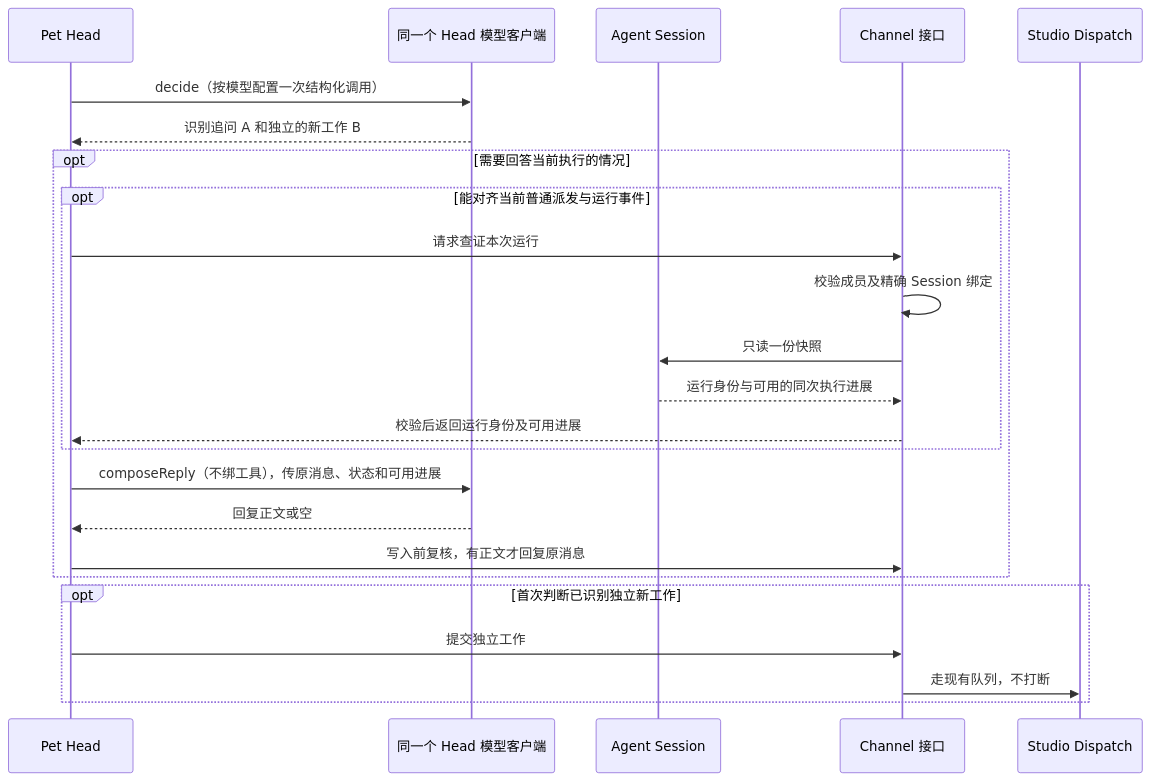
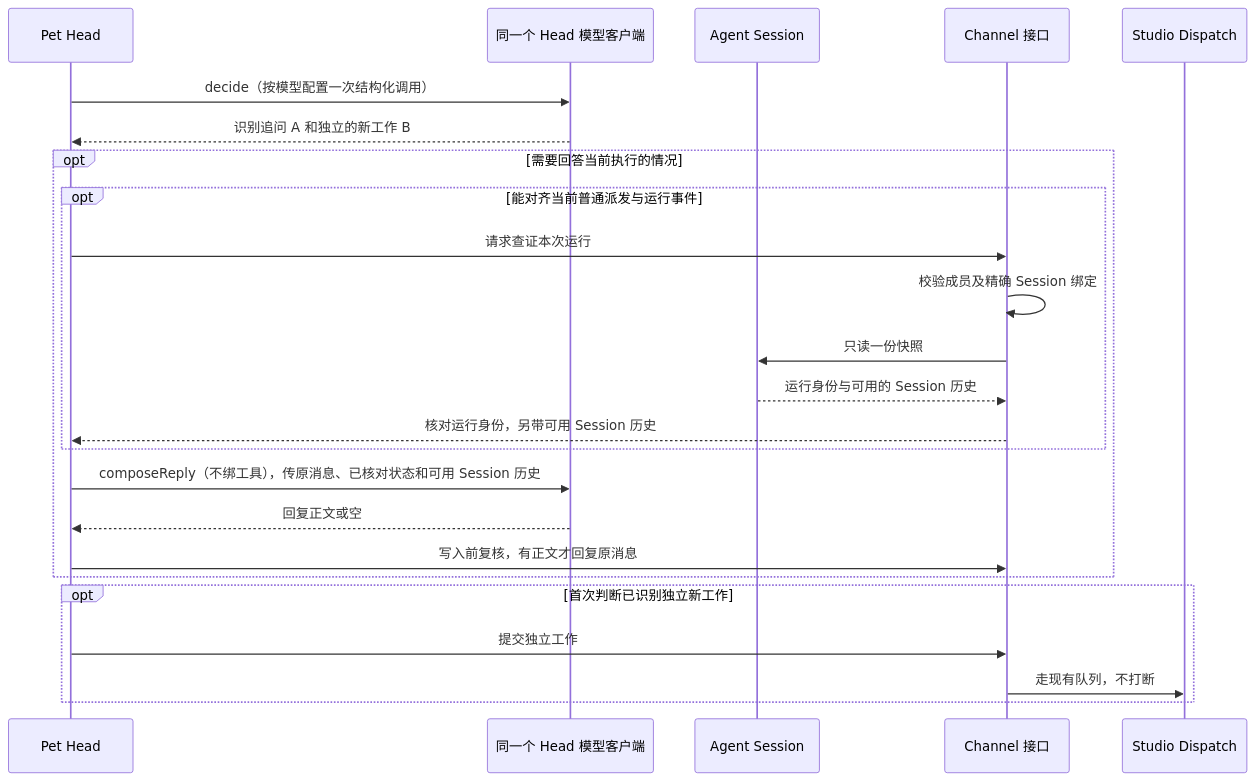
Before and after one commit to pinpawo/pinpawo-agent: the fourth of 5 diagrams in docs/design/studio/pet-head-mechanism.md, drawn with Mermaid. The commit also changed other lines of this file and 24 other files, not shown here.

````diff
--- a/docs/design/studio/pet-head-mechanism.md
+++ b/docs/design/studio/pet-head-mechanism.md
@@ -100,26 +100,26 @@
 ```mermaid
 sequenceDiagram
     participant H as Pet Head
     participant M as 同一个 Head 模型客户端
     participant S as Agent Session
     participant C as Channel 接口
     participant D as Studio Dispatch
     H->>M: decide（按模型配置一次结构化调用）
     M-->>H: 识别追问 A 和独立的新工作 B
     opt 需要回答当前执行的情况
         opt 能对齐当前普通派发与运行事件
             H->>C: 请求查证本次运行
             C->>C: 校验成员及精确 Session 绑定
             C->>S: 只读一份快照
-            S-->>C: 运行身份与可用的同次执行进展
-            C-->>H: 校验后返回运行身份及可用进展
+            S-->>C: 运行身份与可用的 Session 历史
+            C-->>H: 核对运行身份，另带可用 Session 历史
         end
-        H->>M: composeReply（不绑工具），传原消息、状态和可用进展
+        H->>M: composeReply（不绑工具），传原消息、已核对状态和可用 Session 历史
         M-->>H: 回复正文或空
         H->>C: 写入前复核，有正文才回复原消息
     end
     opt 首次判断已识别独立新工作
         H->>C: 提交独立工作
         C->>D: 走现有队列，不打断
     end
 ```
````
